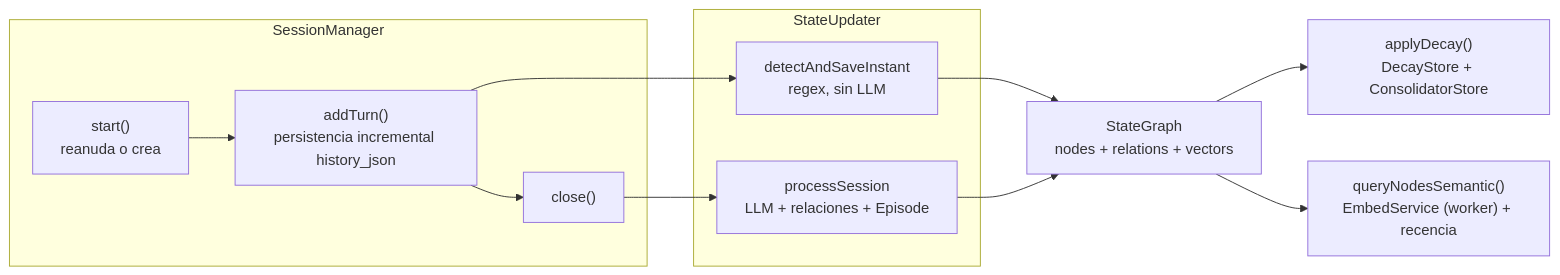
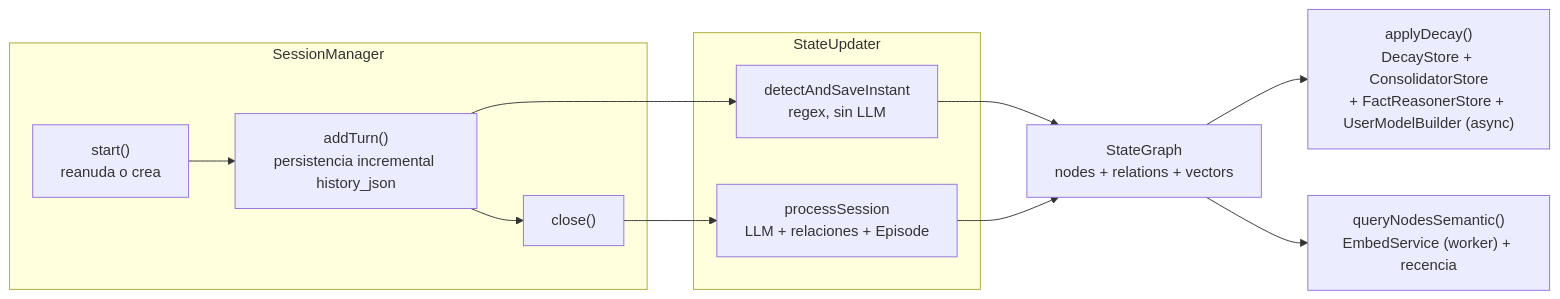
One commit to Dregxmoon/Kaoru-Agent changed the diagram in core/state-graph/README.md. Above: the diagram before and after it, drawn with Mermaid. The commit also changed other lines of this file and 38 other files, not shown here.

````diff
--- a/core/state-graph/README.md
+++ b/core/state-graph/README.md
@@ -107,23 +147,23 @@
 ```mermaid
 flowchart LR
     subgraph SES["SessionManager"]
         START["start()<br/>reanuda o crea"]
         TURN["addTurn()<br/>persistencia incremental history_json"]
         CLOSE["close()"]
     end
     subgraph UPD["StateUpdater"]
         INSTANT["detectAndSaveInstant<br/>regex, sin LLM"]
         PROCESS["processSession<br/>LLM + relaciones + Episode"]
     end
     GRAPH["StateGraph<br/>nodes + relations + vectors"]
-    DECAY["applyDecay()<br/>DecayStore + ConsolidatorStore"]
+    DECAY["applyDecay()<br/>DecayStore + ConsolidatorStore<br/>+ FactReasonerStore + UserModelBuilder (async)"]
     Q["queryNodesSemantic()<br/>EmbedService (worker) + recencia"]
 
     START --> TURN --> CLOSE
     CLOSE --> PROCESS
     TURN --> INSTANT
     INSTANT --> GRAPH
     PROCESS --> GRAPH
     GRAPH --> DECAY
     GRAPH --> Q
 ```
````
